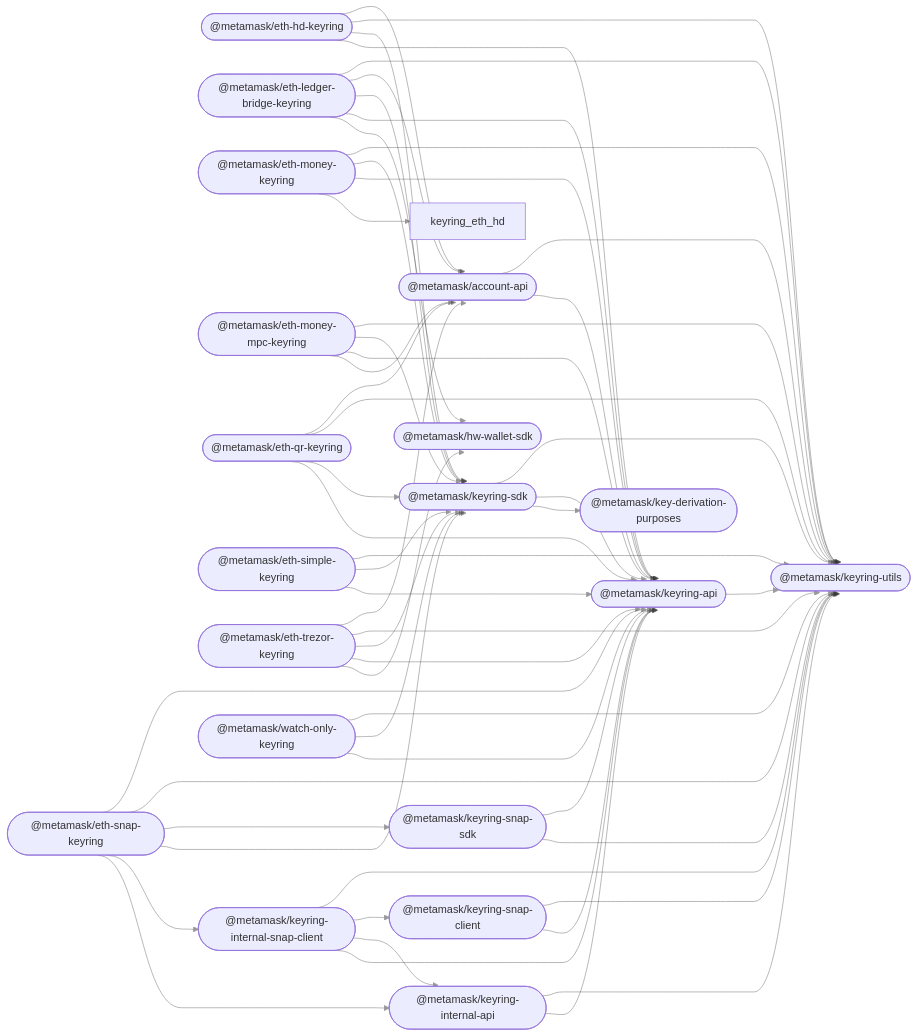
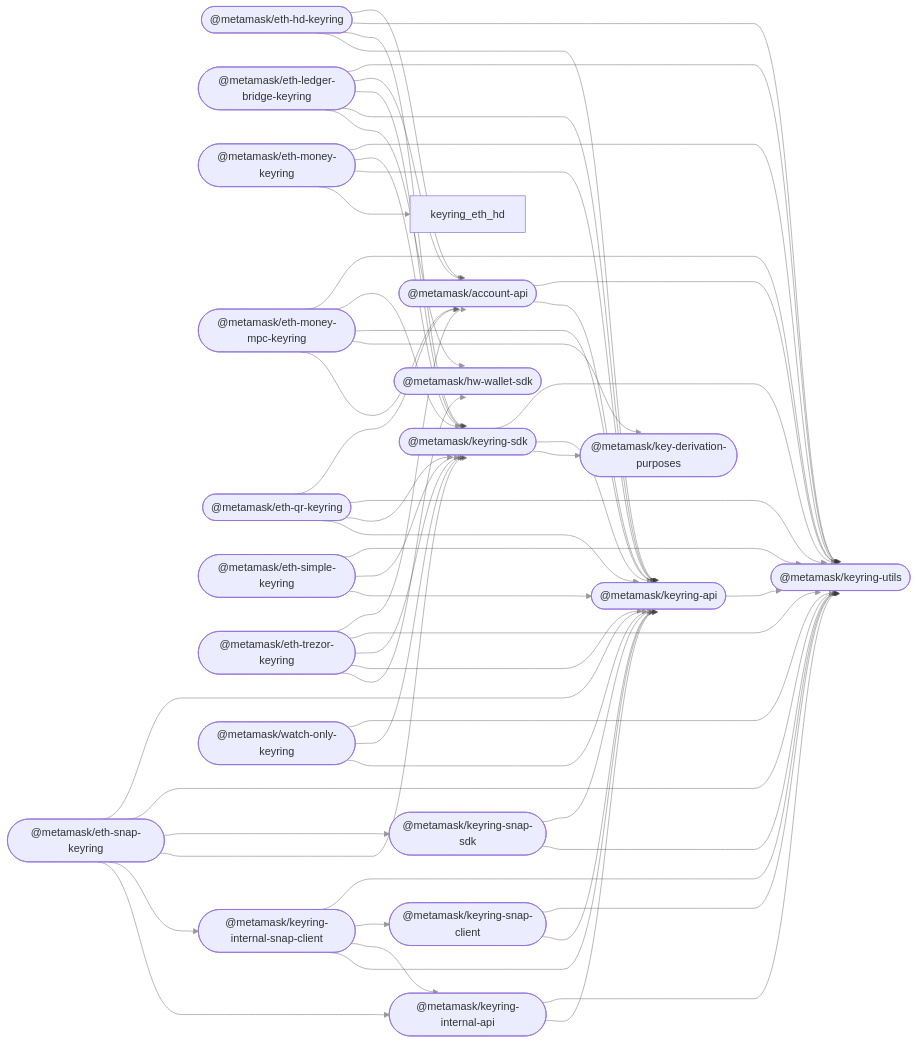
Before and after one commit to MetaMask/accounts: the diagram in README.md, drawn with Mermaid. The commit also changed 7 other files, not shown here.

First line of the commit message:
feat(keyring-eth-money-mpc)!: move encryption key derivation logic inside keyring (#707)

````diff
--- a/README.md
+++ b/README.md
@@ -47,78 +47,79 @@
 ```mermaid
 %%{ init: { 'flowchart': { 'curve': 'bumpX' } } }%%
 graph LR;
 linkStyle default opacity:0.5
   account_api(["@metamask/account-api"]);
   hw_wallet_sdk(["@metamask/hw-wallet-sdk"]);
   key_derivation_purposes(["@metamask/key-derivation-purposes"]);
   keyring_api(["@metamask/keyring-api"]);
   eth_hd_keyring(["@metamask/eth-hd-keyring"]);
   eth_ledger_bridge_keyring(["@metamask/eth-ledger-bridge-keyring"]);
   eth_money_keyring(["@metamask/eth-money-keyring"]);
   eth_money_mpc_keyring(["@metamask/eth-money-mpc-keyring"]);
   eth_qr_keyring(["@metamask/eth-qr-keyring"]);
   eth_simple_keyring(["@metamask/eth-simple-keyring"]);
   eth_trezor_keyring(["@metamask/eth-trezor-keyring"]);
   keyring_internal_api(["@metamask/keyring-internal-api"]);
   keyring_internal_snap_client(["@metamask/keyring-internal-snap-client"]);
   keyring_sdk(["@metamask/keyring-sdk"]);
   eth_snap_keyring(["@metamask/eth-snap-keyring"]);
   keyring_snap_client(["@metamask/keyring-snap-client"]);
   keyring_snap_sdk(["@metamask/keyring-snap-sdk"]);
   keyring_utils(["@metamask/keyring-utils"]);
   watch_only_keyring(["@metamask/watch-only-keyring"]);
   account_api --> keyring_api;
   account_api --> keyring_utils;
   keyring_api --> keyring_utils;
   eth_hd_keyring --> keyring_api;
   eth_hd_keyring --> keyring_sdk;
   eth_hd_keyring --> keyring_utils;
   eth_hd_keyring --> account_api;
   eth_ledger_bridge_keyring --> hw_wallet_sdk;
   eth_ledger_bridge_keyring --> keyring_api;
   eth_ledger_bridge_keyring --> keyring_sdk;
   eth_ledger_bridge_keyring --> account_api;
   eth_ledger_bridge_keyring --> keyring_utils;
   eth_money_keyring --> keyring_eth_hd;
   eth_money_keyring --> keyring_api;
   eth_money_keyring --> keyring_sdk;
   eth_money_keyring --> keyring_utils;
   eth_money_mpc_keyring --> account_api;
+  eth_money_mpc_keyring --> key_derivation_purposes;
   eth_money_mpc_keyring --> keyring_api;
   eth_money_mpc_keyring --> keyring_sdk;
   eth_money_mpc_keyring --> keyring_utils;
   eth_qr_keyring --> keyring_api;
   eth_qr_keyring --> keyring_sdk;
   eth_qr_keyring --> keyring_utils;
   eth_qr_keyring --> account_api;
   eth_simple_keyring --> keyring_api;
   eth_simple_keyring --> keyring_sdk;
   eth_simple_keyring --> keyring_utils;
   eth_trezor_keyring --> hw_wallet_sdk;
   eth_trezor_keyring --> keyring_api;
   eth_trezor_keyring --> keyring_sdk;
   eth_trezor_keyring --> keyring_utils;
   eth_trezor_keyring --> account_api;
   keyring_internal_api --> keyring_api;
   keyring_internal_api --> keyring_utils;
   keyring_internal_snap_client --> keyring_api;
   keyring_internal_snap_client --> keyring_internal_api;
   keyring_internal_snap_client --> keyring_snap_client;
   keyring_internal_snap_client --> keyring_utils;
   keyring_sdk --> key_derivation_purposes;
   keyring_sdk --> keyring_api;
   keyring_sdk --> keyring_utils;
   eth_snap_keyring --> keyring_internal_api;
   eth_snap_keyring --> keyring_internal_snap_client;
   eth_snap_keyring --> keyring_sdk;
   eth_snap_keyring --> keyring_snap_sdk;
   eth_snap_keyring --> keyring_utils;
   eth_snap_keyring --> keyring_api;
   keyring_snap_client --> keyring_api;
   keyring_snap_client --> keyring_utils;
   keyring_snap_sdk --> keyring_utils;
   keyring_snap_sdk --> keyring_api;
   watch_only_keyring --> keyring_api;
   watch_only_keyring --> keyring_sdk;
   watch_only_keyring --> keyring_utils;
 ```
````
